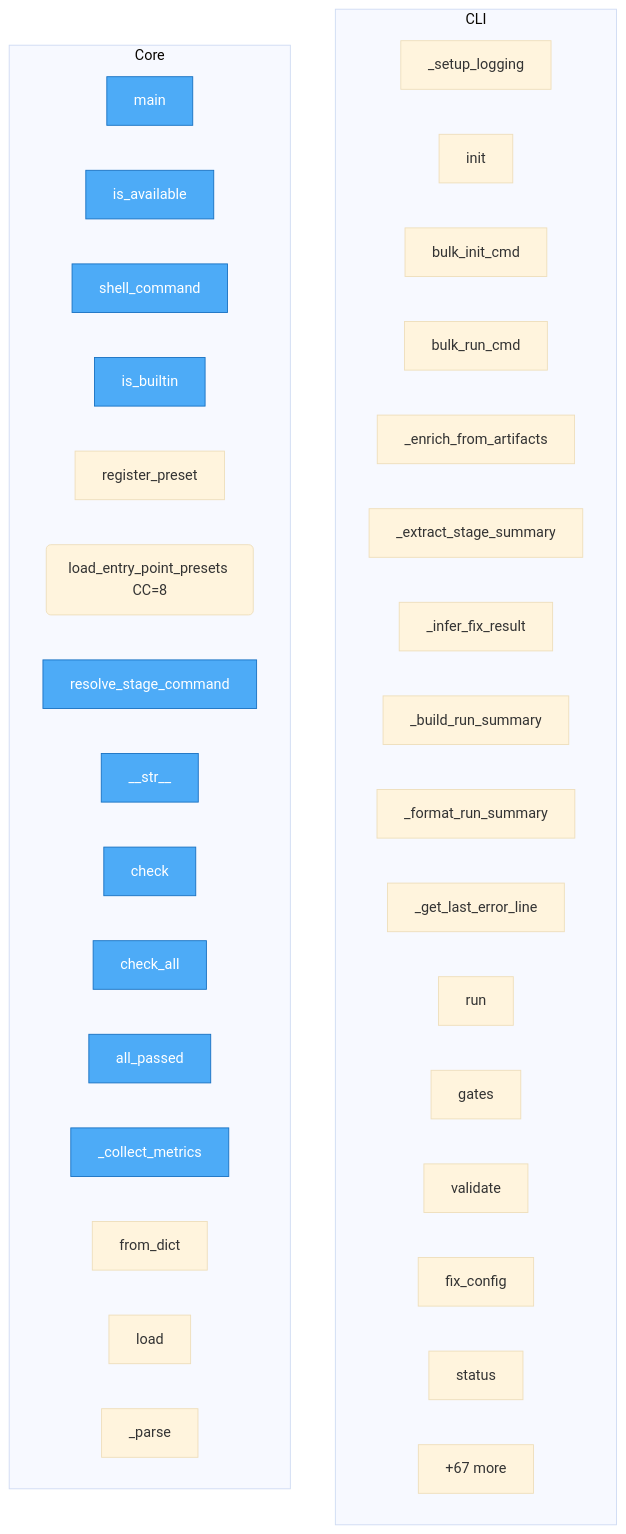
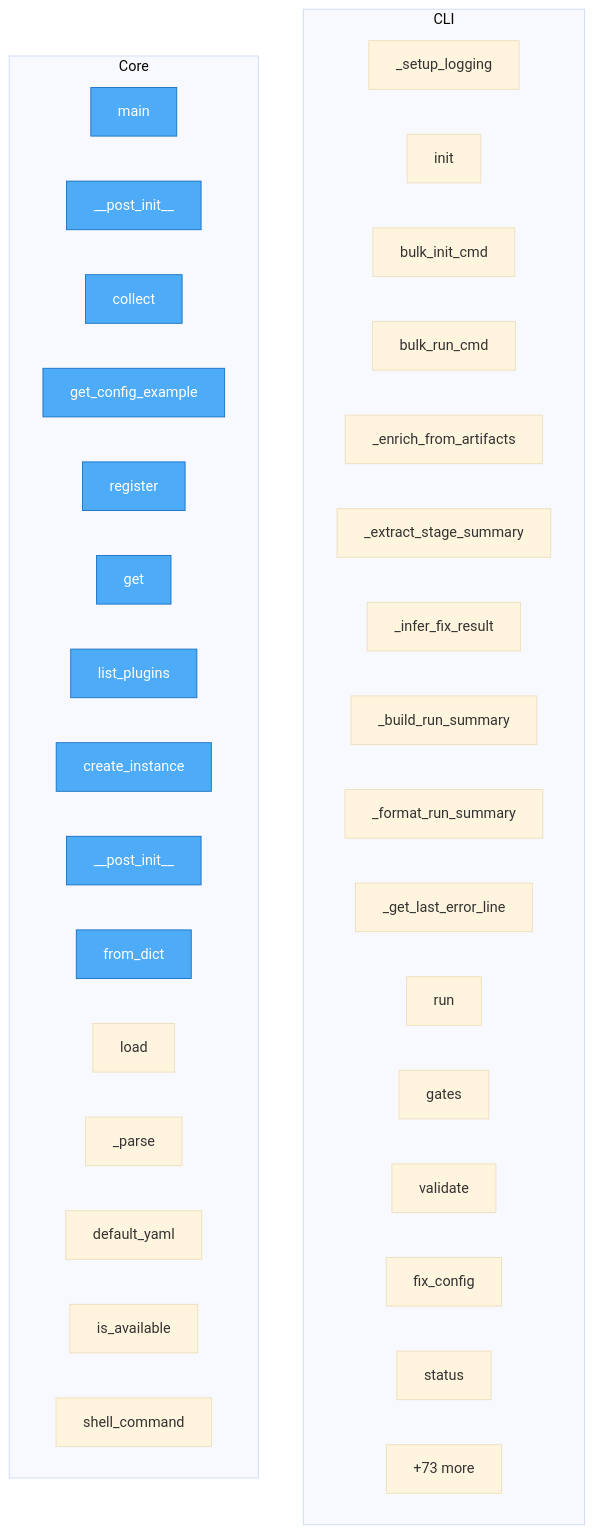
Before and after one commit to semcod/pyqual: the diagram in project/flow.mmd, drawn with Mermaid (base theme). The commit also changed 36 other files, not shown here.

```diff
--- a/project/flow.mmd
+++ b/project/flow.mmd
@@ -1,44 +1,44 @@
 flowchart TD
 
     %% Entry points (blue)
     classDef entry fill:#4dabf7,stroke:#1971c2,color:#fff
 
     subgraph CLI
         pyqual__cli___setup_logging["_setup_logging"]
         pyqual__cli__init["init"]
         pyqual__cli__bulk_init_cmd["bulk_init_cmd"]
         pyqual__cli__bulk_run_cmd["bulk_run_cmd"]
         pyqual__cli___enrich_from_artifacts["_enrich_from_artifacts"]
         pyqual__cli___extract_stage_summary["_extract_stage_summary"]
         pyqual__cli___infer_fix_result["_infer_fix_result"]
         pyqual__cli___build_run_summary["_build_run_summary"]
         pyqual__cli___format_run_summary["_format_run_summary"]
         pyqual__cli___get_last_error_line["_get_last_error_line"]
         pyqual__cli__run["run"]
         pyqual__cli__gates["gates"]
         pyqual__cli__validate["validate"]
         pyqual__cli__fix_config["fix_config"]
         pyqual__cli__status["status"]
-        ...["+29 more"]
+        ...["+31 more"]
     end
 
     subgraph Core
         run_analysis__main["main"]
-        pyqual__tools__ToolPreset__is_available["is_available"]
-        pyqual__tools__ToolPreset__shell_command["shell_command"]
-        pyqual__tools__is_builtin["is_builtin"]
-        pyqual__tools__register_preset["register_preset"]
-        pyqual__tools__load_entry_point_presets("load_entry_point_presets CC=8")
-        pyqual__tools__resolve_stage_command["resolve_stage_command"]
-        pyqual__gates__GateResult____str__["__str__"]
-        pyqual__gates__Gate__check["check"]
-        pyqual__gates__GateSet__check_all["check_all"]
-        pyqual__gates__GateSet__all_passed["all_passed"]
-        pyqual__gates__GateSet___collect_metrics["_collect_metrics"]
+        pyqual__plugins__PluginMetadata____post_init__["__post_init__"]
+        pyqual__plugins__MetricCollector__collect["collect"]
+        pyqual__plugins__MetricCollector__get_config_example["get_config_example"]
+        pyqual__plugins__PluginRegistry__register["register"]
+        pyqual__plugins__PluginRegistry__get["get"]
+        pyqual__plugins__PluginRegistry__list_plugins["list_plugins"]
+        pyqual__plugins__PluginRegistry__create_instance["create_instance"]
+        pyqual__config__StageConfig____post_init__["__post_init__"]
         pyqual__config__GateConfig__from_dict["from_dict"]
         pyqual__config__PyqualConfig__load["load"]
         pyqual__config__PyqualConfig___parse["_parse"]
-        ...["+67 more"]
+        pyqual__config__PyqualConfig__default_yaml["default_yaml"]
+        pyqual__tools__ToolPreset__is_available["is_available"]
+        pyqual__tools__ToolPreset__shell_command["shell_command"]
+        ...["+73 more"]
     end
 
-    class run_analysis__main,pyqual__tools__ToolPreset__is_available,pyqual__tools__ToolPreset__shell_command,pyqual__tools__is_builtin,pyqual__tools__resolve_stage_command,pyqual__gates__GateResult____str__,pyqual__gates__Gate__check,pyqual__gates__GateSet__check_all,pyqual__gates__GateSet__all_passed,pyqual__gates__GateSet___collect_metrics entry
+    class run_analysis__main,pyqual__plugins__PluginMetadata____post_init__,pyqual__plugins__MetricCollector__collect,pyqual__plugins__MetricCollector__get_config_example,pyqual__plugins__PluginRegistry__register,pyqual__plugins__PluginRegistry__get,pyqual__plugins__PluginRegistry__list_plugins,pyqual__plugins__PluginRegistry__create_instance,pyqual__config__StageConfig____post_init__,pyqual__config__GateConfig__from_dict entry
```
